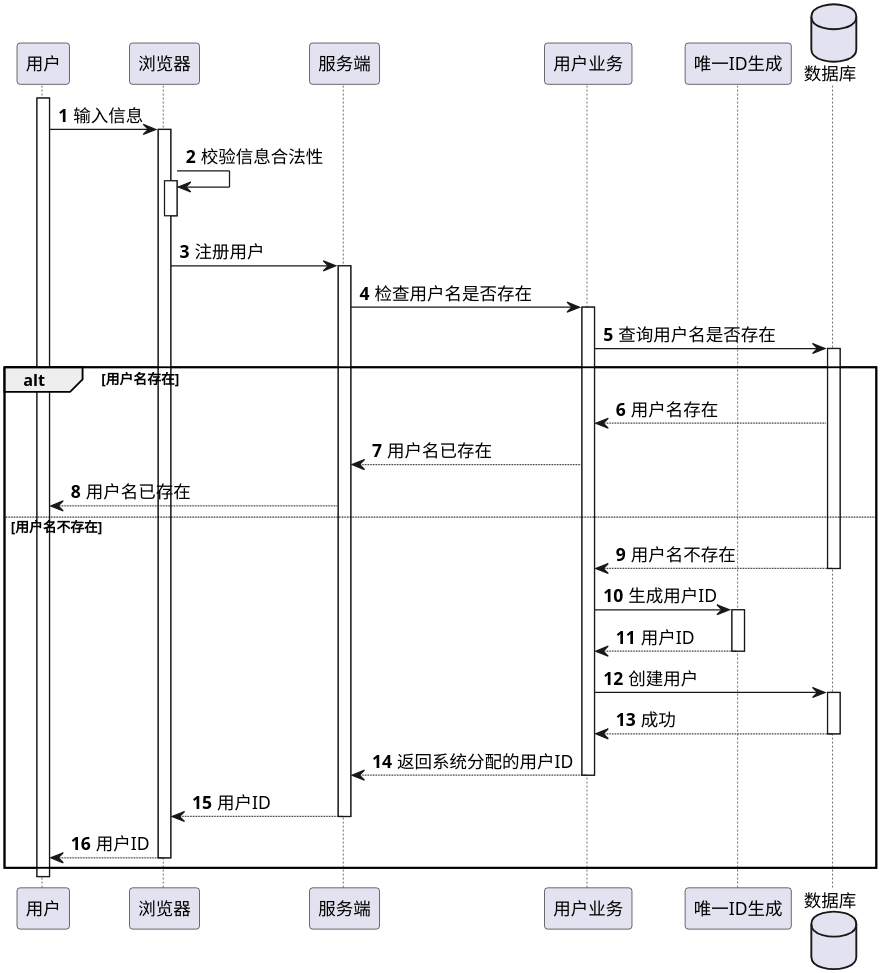
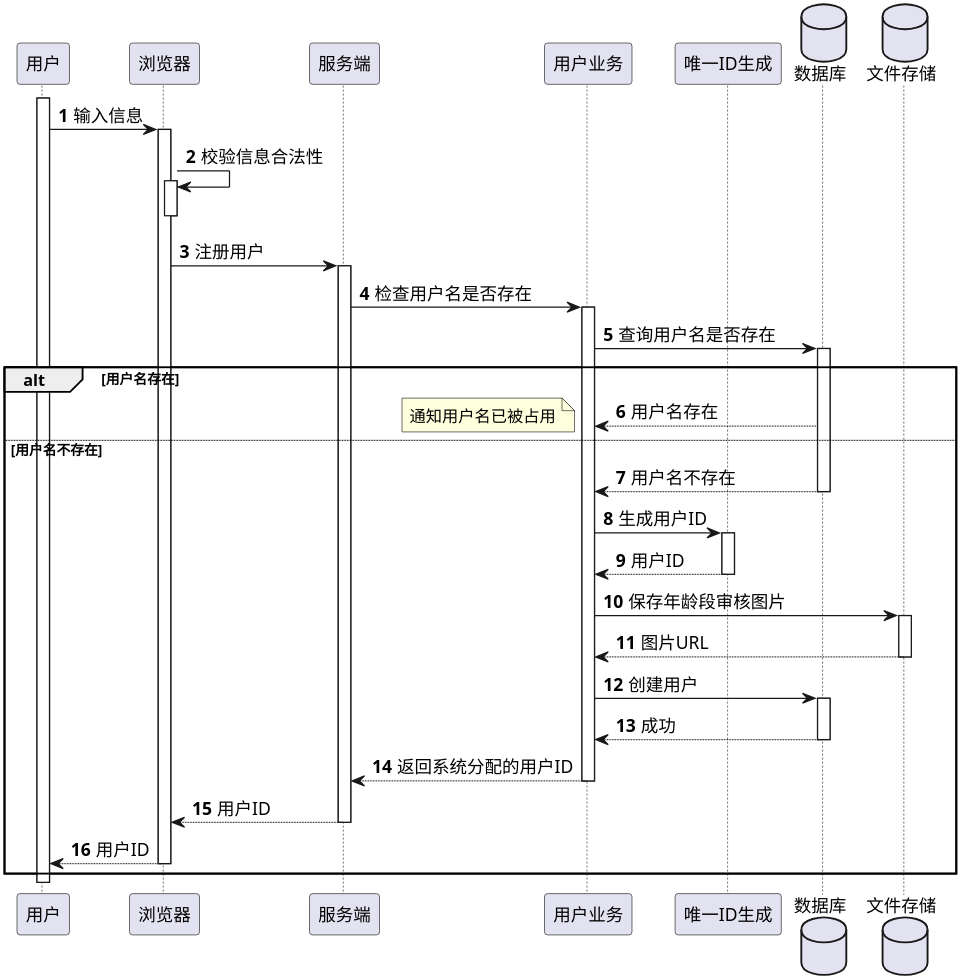
Before and after one commit to Etherealss/AskAnswer: the diagram in uml/时序图/user/注册.puml, drawn with PlantUML.

```diff
--- a/uml/时序图/user/注册.puml
+++ b/uml/时序图/user/注册.puml
@@ -1,42 +1,46 @@
 @startuml
 skinparam shadowing false
 skinparam defaultFontName xfonts-wqy
 skinparam defaultFontName times
 skinparam dpi 300
 skinparam activity  {
     DiamondFontSize 14
     ArrowFontSize 14
     FontSize 14
 }
 autonumber
 
 participant 用户 as User
 participant 浏览器 as Browser
 participant 服务端 as  Server
 participant 用户业务 as UserService
 participant 唯一ID生成 as Uid
 database 数据库 as DB
+database 文件存储 as OSS
 
 
 activate User
 User -> Browser ++: 输入信息
 Browser -> Browser ++--: 校验信息合法性
 Browser -> Server ++: 注册用户
 Server -> UserService ++: 检查用户名是否存在
 UserService -> DB ++: 查询用户名是否存在
 alt 用户名存在
- UserService <-- DB : 用户名存在
- Server <-- UserService : 用户名已存在
- User <-- Server : 用户名已存在
+    UserService <-- DB : 用户名存在
+    note left
+    通知用户名已被占用
+    end note
 else 用户名不存在
- return 用户名不存在
- UserService -> Uid ++: 生成用户ID
- return 用户ID
- UserService -> DB ++: 创建用户
- return 成功
- return 返回系统分配的用户ID
- return 用户ID
- return 用户ID
+    return 用户名不存在
+    UserService -> Uid ++: 生成用户ID
+    return 用户ID
+    UserService -> OSS ++: 保存年龄段审核图片
+    return 图片URL
+    UserService -> DB ++: 创建用户
+    return 成功
+    return 返回系统分配的用户ID
+    return 用户ID
+    return 用户ID
 end
 deactivate User
 @enduml
```
